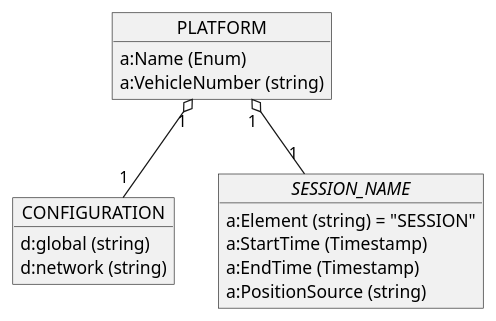
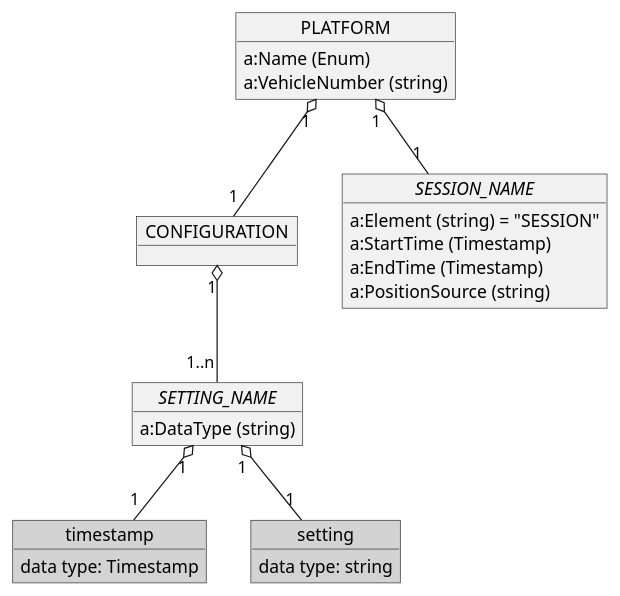
The third of 13 diagrams in images/rcm-dx-images.puml (OpenRailAssociation/rcm-dx), drawn with PlantUML before and after one commit. The commit also changed other lines of this file and 5 other files, not shown here.

```diff
--- a/images/rcm-dx-images.puml
+++ b/images/rcm-dx-images.puml
@@ -71,24 +87,35 @@
 @startuml rcmdx_platform_group
 
   object PLATFORM {
     a:Name (Enum)
     a:VehicleNumber (string)
   }
 
-  object "CONFIGURATION" as platform_config {
-    d:global (string)
-    d:network (string)
+  object "CONFIGURATION" as platform_config
+  PLATFORM "1" o-- "1" platform_config
+
+  object "//SETTING_NAME//" as platform_setting_name {
+    a:DataType (string)
   }
+  platform_config "1" o-- "1..n" platform_setting_name
 
-  PLATFORM "1" o-- "1" platform_config
+  object "timestamp" as platform_setting_timestamp #LightGray {
+    data type: Timestamp
+  }
+  platform_setting_name "1" o-- "1" platform_setting_timestamp
+
+  object "setting" as platform_setting #LightGray {
+    data type: string
+  }
+  platform_setting_name "1" o-- "1" platform_setting
 
   object "//SESSION_NAME//" as session_name {
     a:Element (string) = "SESSION"
     a:StartTime (Timestamp)
     a:EndTime (Timestamp)
     a:PositionSource (string)
   }
 
   PLATFORM "1" o-- "1" session_name
 
 @enduml
```
